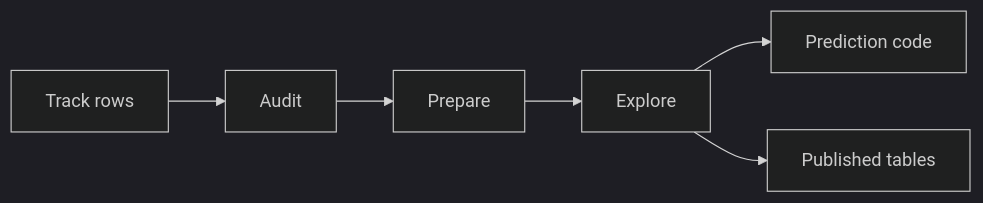
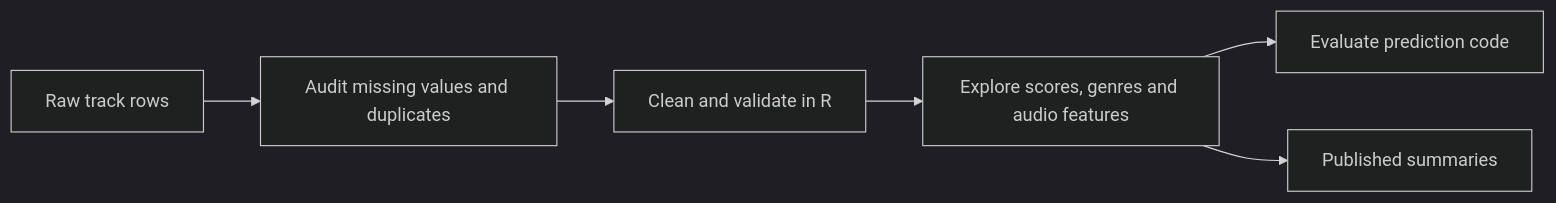
Before and after one commit to 3bdosh70/PFDA-assignment-G25: the diagram in README.md, drawn with Mermaid (dark theme). The commit also changed other lines of this file and 3 other files, not shown here.

````diff
--- a/README.md
+++ b/README.md
@@ -27,8 +14,8 @@
 ```mermaid
 flowchart LR
-    Raw[Track rows] --> Audit[Audit]
-    Audit --> Prepare[Prepare]
-    Prepare --> Explore[Explore]
-    Explore --> Predict[Prediction code]
-    Explore --> Tables[Published tables]
+    Raw[Raw track rows] --> Audit[Audit missing values and duplicates]
+    Audit --> Clean[Clean and validate in R]
+    Clean --> Explore[Explore scores, genres and audio features]
+    Explore --> Model[Evaluate prediction code]
+    Explore --> Tables[Published summaries]
 ```
````
